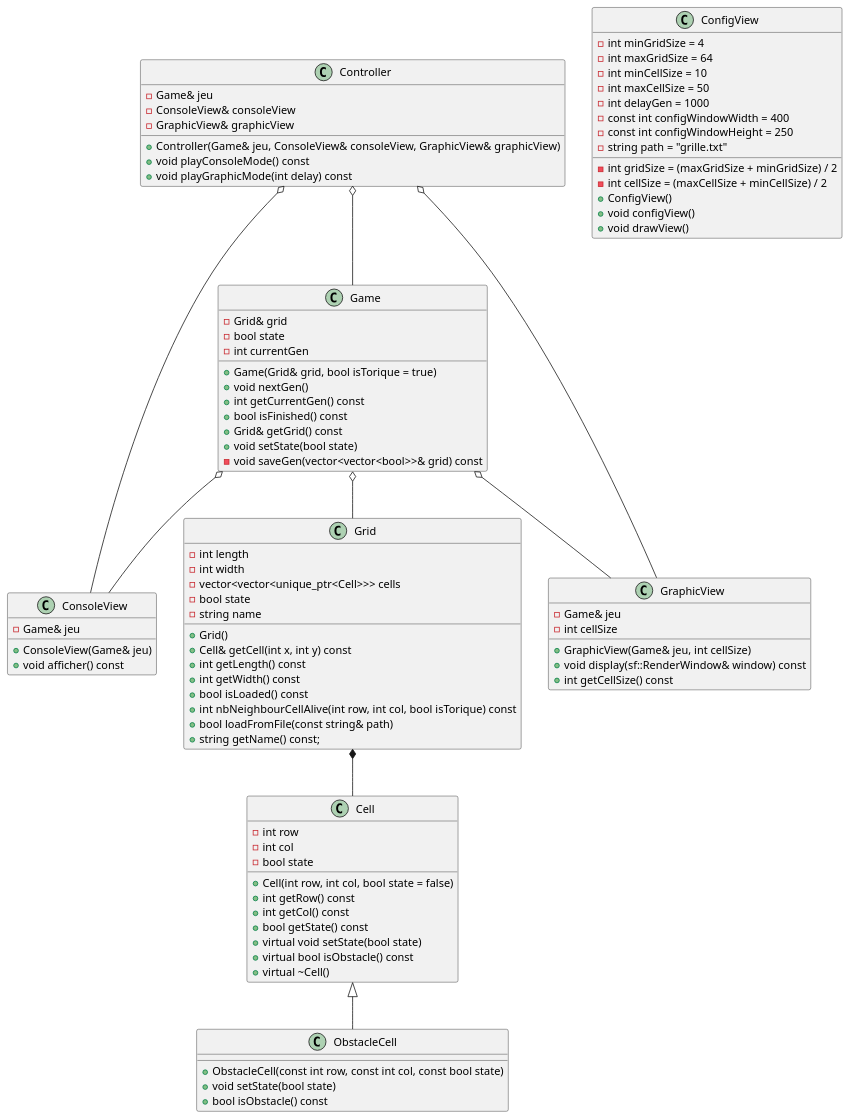
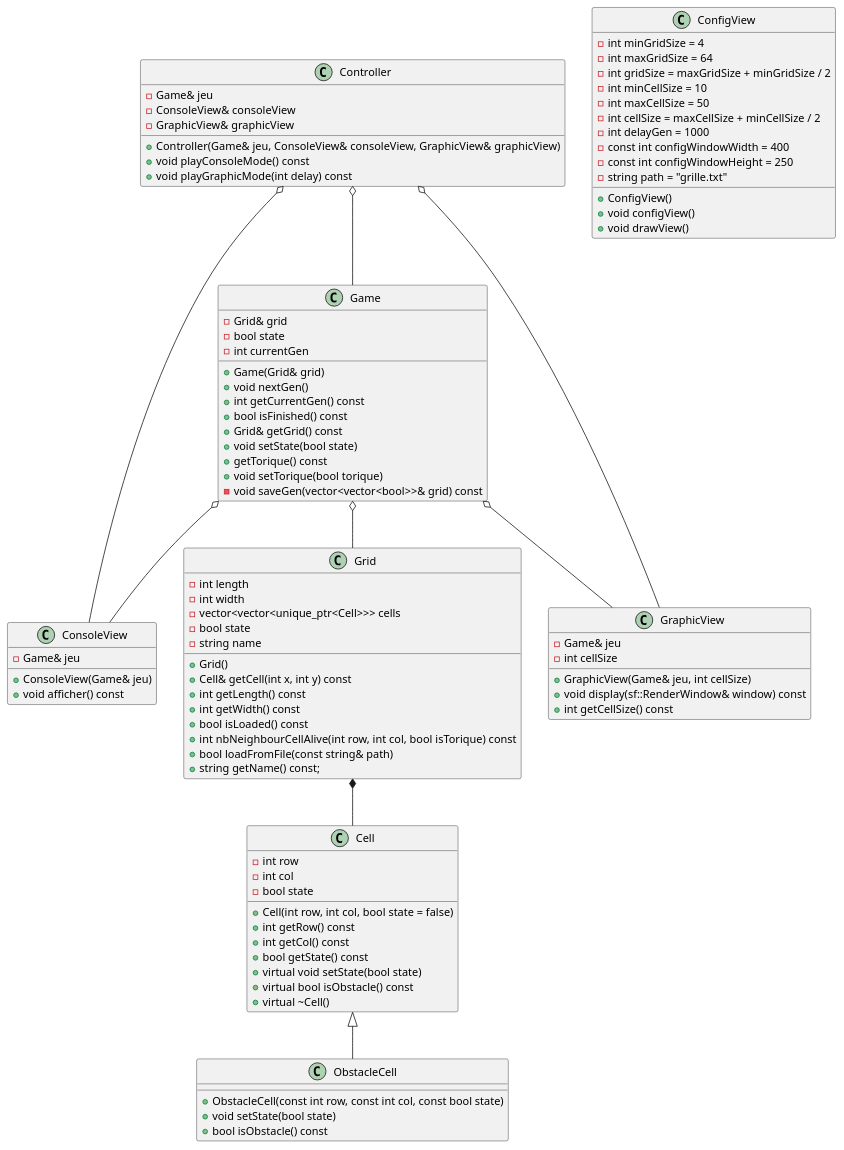
The diagram in diagram-class.puml (RiperPro03/LifeGame), drawn with PlantUML before and after one commit. The commit also changed 3 other files, not shown here.

Commit message:
chore: add and edit diagram

```diff
--- a/diagram-class.puml
+++ b/diagram-class.puml
@@ -1,106 +1,108 @@
 @startuml
 
 class Cell {
     - int row
     - int col
     - bool state
     + Cell(int row, int col, bool state = false)
     + int getRow() const
     + int getCol() const
     + bool getState() const
     + virtual void setState(bool state)
     + virtual bool isObstacle() const
     + virtual ~Cell()
 }
 
 class ObstacleCell {
     + ObstacleCell(const int row, const int col, const bool state)
     + void setState(bool state)
     + bool isObstacle() const
 }
 
 class Grid {
     - int length
     - int width
     - vector<vector<unique_ptr<Cell>>> cells
     - bool state
     - string name
     + Grid()
     + Cell& getCell(int x, int y) const
     + int getLength() const
     + int getWidth() const
     + bool isLoaded() const
     + int nbNeighbourCellAlive(int row, int col, bool isTorique) const
     + bool loadFromFile(const string& path)
     + string getName() const;
 }
 
 class Game {
     - Grid& grid
     - bool state
     - int currentGen
-    + Game(Grid& grid, bool isTorique = true)
+    + Game(Grid& grid)
     + void nextGen()
     + int getCurrentGen() const
     + bool isFinished() const
     + Grid& getGrid() const
     + void setState(bool state)
+    + getTorique() const
+    + void setTorique(bool torique)
     - void saveGen(vector<vector<bool>>& grid) const
 }
 
 class Controller {
     - Game& jeu
     - ConsoleView& consoleView
     - GraphicView& graphicView
     + Controller(Game& jeu, ConsoleView& consoleView, GraphicView& graphicView)
     + void playConsoleMode() const
     + void playGraphicMode(int delay) const
 }
 
 class ConfigView {
     - int minGridSize = 4
     - int maxGridSize = 64
-    - int gridSize = (maxGridSize + minGridSize) / 2
+    - int gridSize = maxGridSize + minGridSize / 2
     - int minCellSize = 10
     - int maxCellSize = 50
-    - int cellSize = (maxCellSize + minCellSize) / 2
+    - int cellSize = maxCellSize + minCellSize / 2
     - int delayGen = 1000
     - const int configWindowWidth = 400
     - const int configWindowHeight = 250
     - string path = "grille.txt"
     + ConfigView()
     + void configView()
     + void drawView()
 }
 
 class ConsoleView {
    - Game& jeu
    + ConsoleView(Game& jeu)
    + void afficher() const
 }
 
 class GraphicView {
    - Game& jeu
    - int cellSize
    + GraphicView(Game& jeu, int cellSize)
    + void display(sf::RenderWindow& window) const
    + int getCellSize() const
 }
 
 Cell <|-- ObstacleCell
 
 Game o-- Grid
 
 Grid *-- Cell
 
 Game o-- ConsoleView
 
 Game o-- GraphicView
 
 Controller o-- Game
 
 Controller o-- ConsoleView
 
 Controller o-- GraphicView
 
 @enduml
```
